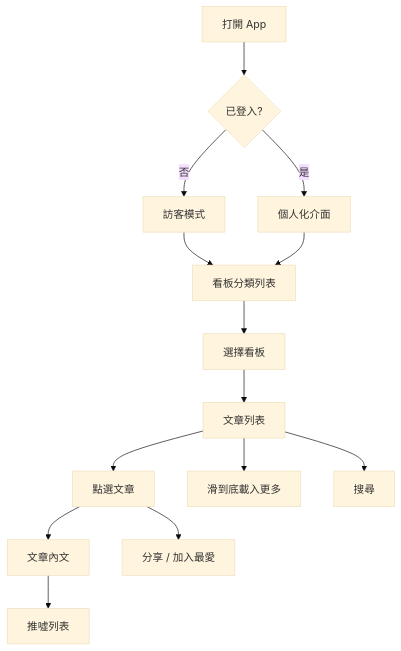
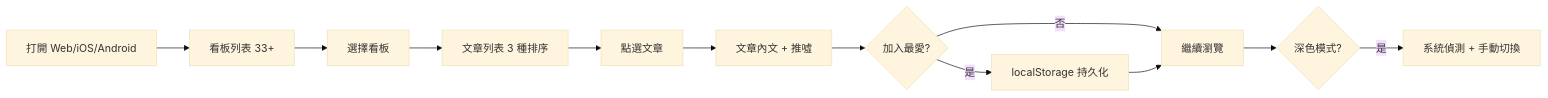
Before and after one commit to openclawsean024-create/openptt: the diagram in PRD/SPEC.md, drawn with Mermaid (base theme). The commit also changed other lines of this file and 2 other files, not shown here.

````diff
--- a/PRD/SPEC.md
+++ b/PRD/SPEC.md
@@ -108,16 +41,14 @@
 ```mermaid
-graph TD
-    A[打開 App] --> B{已登入?}
-    B -->|否| C[訪客模式]
-    B -->|是| D[個人化介面]
-    C --> E[看板分類列表]
-    D --> E
-    E --> F[選擇看板]
-    F --> G[文章列表]
-    G --> H[點選文章]
-    H --> I[文章內文]
-    I --> J[推噓列表]
-    G --> K[滑到底載入更多]
-    H --> L[分享 / 加入最愛]
-    G --> M[搜尋]
+flowchart LR
+  A[打開 Web/iOS/Android] --> B[看板列表 33+]
+  B --> C[選擇看板]
+  C --> D[文章列表 3 種排序]
+  D --> E[點選文章]
+  E --> F[文章內文 + 推噓]
+  F --> G{加入最愛?}
+  G -->|是| H[localStorage 持久化]
+  G -->|否| I[繼續瀏覽]
+  H --> I
+  I --> J{深色模式?}
+  J -->|是| K[系統偵測 + 手動切換]
 ```
````
